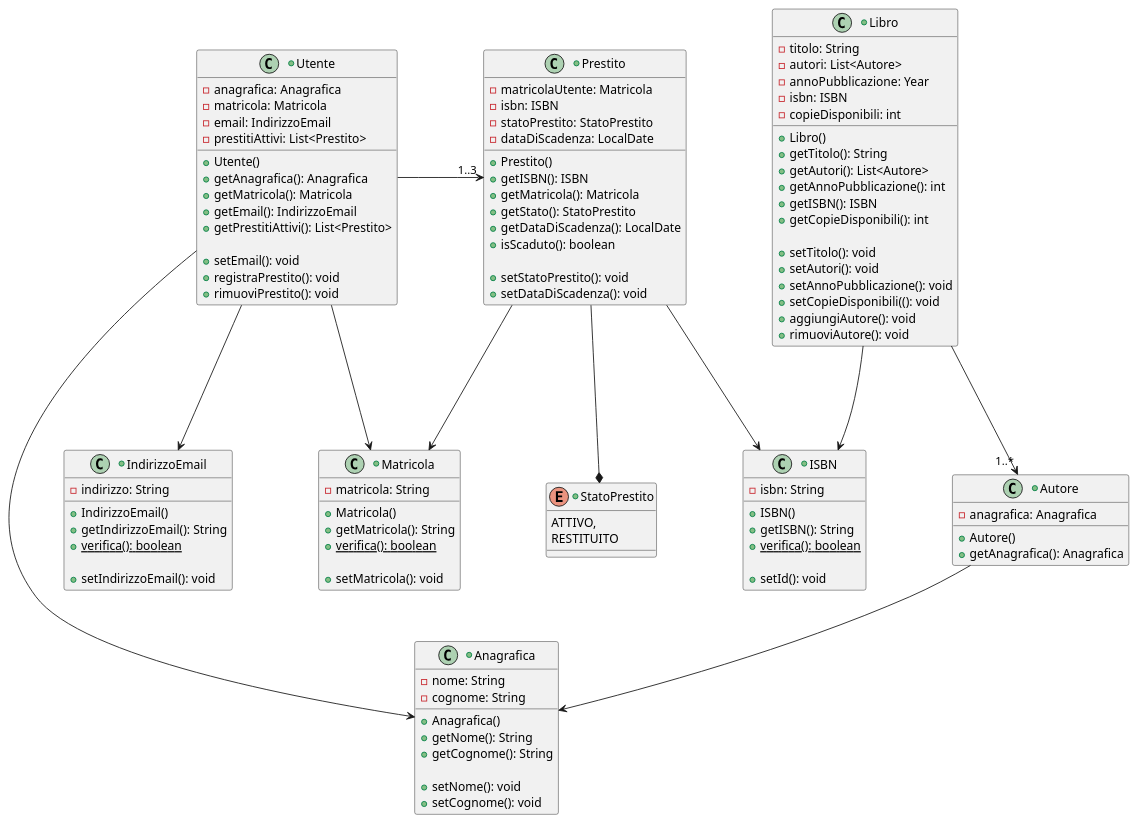
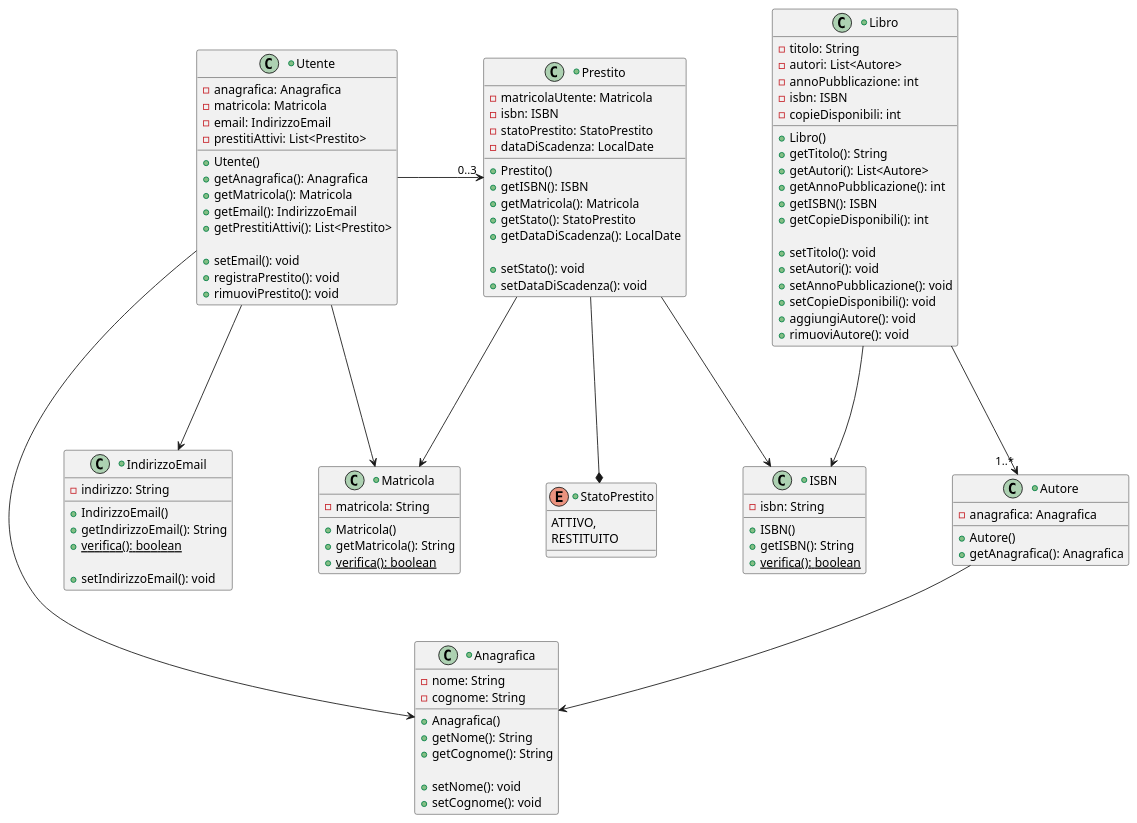
Before and after one commit to Meziu/easylibrary: the diagram in docs/uml/classesDati.puml, drawn with PlantUML.

Commit message:
Modifiche diagramma delle classi dei dati

```diff
--- a/docs/uml/classesDati.puml
+++ b/docs/uml/classesDati.puml
@@ -1,131 +1,126 @@
 @startuml
 skinparam nodesep 100
 scale 1400*1400
 
 +class Anagrafica {
     -nome: String
     -cognome: String
 
     +Anagrafica()
     +getNome(): String
     +getCognome(): String
 
     +setNome(): void
     +setCognome(): void
 }
 
 together {
     +class Utente {
         -anagrafica: Anagrafica
         -matricola: Matricola
         -email: IndirizzoEmail
         -prestitiAttivi: List<Prestito>
 
         +Utente()
         +getAnagrafica(): Anagrafica
         +getMatricola(): Matricola
         +getEmail(): IndirizzoEmail
         +getPrestitiAttivi(): List<Prestito>
 
         +setEmail(): void
         +registraPrestito(): void
         +rimuoviPrestito(): void
     }
 
     +class Libro{
         -titolo: String
         -autori: List<Autore>
-        -annoPubblicazione: Year
+        -annoPubblicazione: int
         -isbn: ISBN
         -copieDisponibili: int
 
         +Libro()
         +getTitolo(): String
         +getAutori(): List<Autore>
         +getAnnoPubblicazione(): int
         +getISBN(): ISBN
         +getCopieDisponibili(): int
 
         +setTitolo(): void
         +setAutori(): void
         +setAnnoPubblicazione(): void
-        +setCopieDisponibili((): void
+        +setCopieDisponibili(): void
         +aggiungiAutore(): void
         +rimuoviAutore(): void
     }
 
     +class Prestito{
         -matricolaUtente: Matricola
         -isbn: ISBN
         -statoPrestito: StatoPrestito
         -dataDiScadenza: LocalDate
 
         +Prestito()
         +getISBN(): ISBN
         +getMatricola(): Matricola
         +getStato(): StatoPrestito
         +getDataDiScadenza(): LocalDate
-        +isScaduto(): boolean
 
-        +setStatoPrestito(): void
+        +setStato(): void
         +setDataDiScadenza(): void
     }
 }
 
 together {
     +class Matricola {
         -matricola: String
 
         +Matricola()
         +getMatricola(): String
         +verifica(): boolean {static}
-
-        +setMatricola(): void
     }
 
 
     +class IndirizzoEmail {
         -indirizzo: String
 
         +IndirizzoEmail()
         +getIndirizzoEmail(): String
         +verifica(): boolean {static}
 
         +setIndirizzoEmail(): void
     }
 
     +class ISBN {
         -isbn: String
 
         +ISBN()
         +getISBN(): String
         +verifica(): boolean {static}
-
-        +setId(): void
     }
 
     +enum StatoPrestito{
         ATTIVO,
         RESTITUITO
     }
 
     +class Autore {
         -anagrafica: Anagrafica
 
         +Autore()
         +getAnagrafica(): Anagrafica
     }
 }
 
-Utente -right-> "1..3" Prestito
+Utente -right-> "0..3" Prestito
 Utente --> Matricola
 Utente ---> IndirizzoEmail
 Libro ---> "1..*" Autore
 Libro --> ISBN
 Prestito --> Matricola
 Prestito --> ISBN
 Prestito --* StatoPrestito
 
 Autore --> Anagrafica
 Utente -down-> Anagrafica
 @enduml
```
